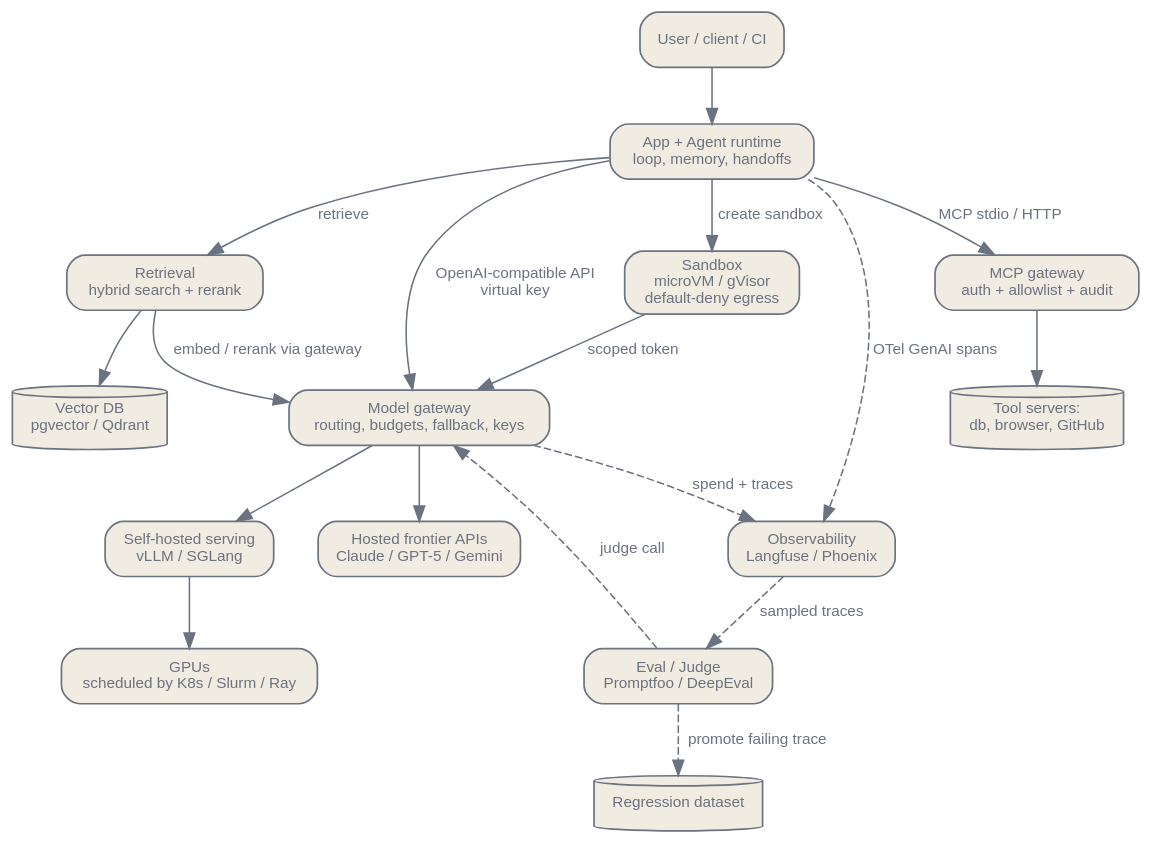
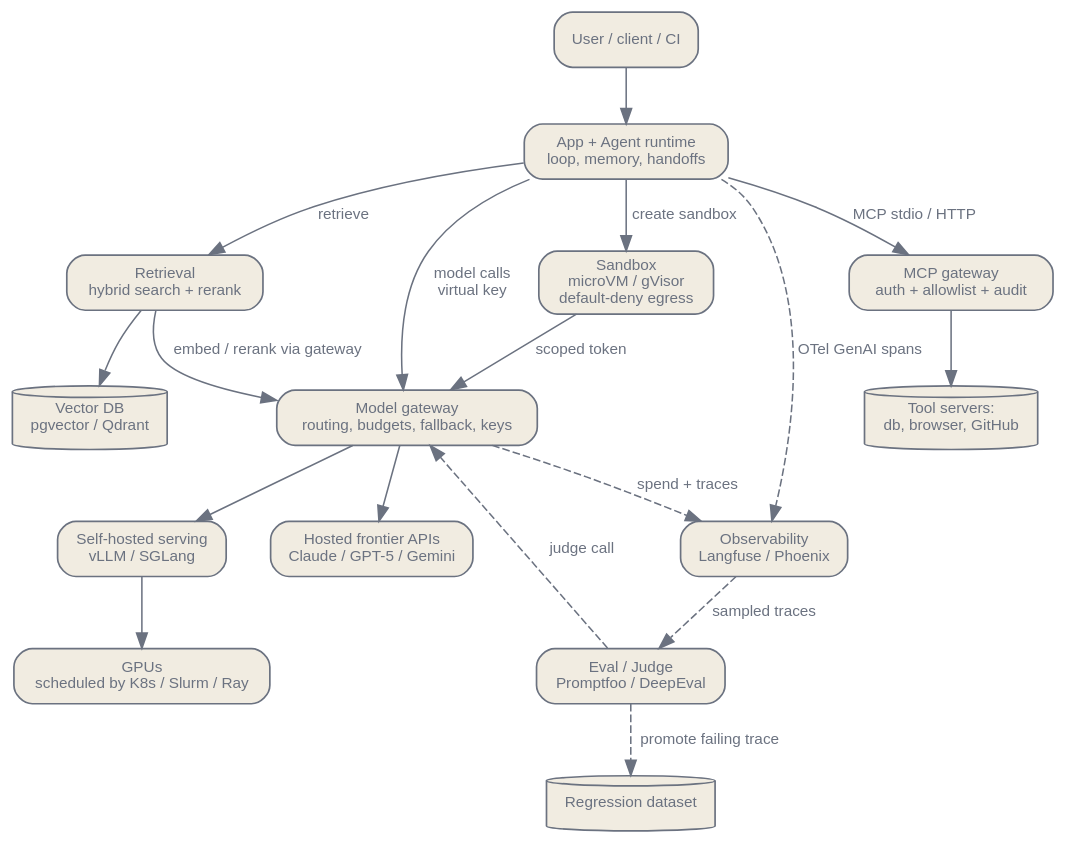
Before and after one commit to latere-ai/ai-as-an-infrastructure: the diagram in en/practice/08-wiring-a-2026-stack.qmd, drawn with Graphviz. The commit also changed other lines of this file and 3 other files, not shown here.

````diff
--- a/en/practice/08-wiring-a-2026-stack.qmd
+++ b/en/practice/08-wiring-a-2026-stack.qmd
@@ -158,47 +167,47 @@
 ```{dot}
 //| label: fig-reference-arch
-//| fig-cap: "A 2026 end-to-end reference architecture. Everything that needs a model call routes through the gateway (the OpenAI-compatible seam); tool calls route through the MCP gateway; every component emits OpenTelemetry GenAI spans. Apps, agents, evals, and sandboxes hold scoped virtual keys, never raw provider credentials. The compute and orchestration layer is the floor the whole stack runs on."
+//| fig-cap: "A 2026 end-to-end reference architecture. Everything that needs a model call routes through the gateway (one address; the gateway translates among the model-API dialects); tool calls route through the MCP gateway; every component emits OpenTelemetry GenAI spans. Apps, agents, evals, and sandboxes hold scoped virtual keys, never raw provider credentials. The compute and orchestration layer is the floor the whole stack runs on."
 digraph {
   bgcolor="transparent";
   rankdir=TB;
   nodesep=0.4; ranksep=0.5;
   node [shape=box, style="rounded,filled", fontname="Helvetica", fontsize=10, color="#6b7280", fontcolor="#6b7280", fillcolor="#f1ece1", penwidth=1.1];
   edge [fontsize=10, fontname="Helvetica", color="#6b7280", fontcolor="#6b7280"];
 
   user [label="User / client / CI"];
   app [label="App + Agent runtime\nloop, memory, handoffs"];
   rag [label="Retrieval\nhybrid search + rerank"];
   vdb [label="Vector DB\npgvector / Qdrant", shape=cylinder];
   mcpgw [label="MCP gateway\nauth + allowlist + audit"];
   tools [label="Tool servers:\ndb, browser, GitHub", shape=cylinder];
   sbx [label="Sandbox\nmicroVM / gVisor\ndefault-deny egress"];
   gw [label="Model gateway\nrouting, budgets, fallback, keys"];
   hosted [label="Hosted frontier APIs\nClaude / GPT-5 / Gemini"];
   serve [label="Self-hosted serving\nvLLM / SGLang"];
   hw [label="GPUs\nscheduled by K8s / Slurm / Ray"];
   obs [label="Observability\nLangfuse / Phoenix"];
   eval [label="Eval / Judge\nPromptfoo / DeepEval"];
   ds [label="Regression dataset", shape=cylinder];
 
   user -> app;
   app -> rag [label="retrieve"];
   rag -> vdb;
   app -> mcpgw [label="MCP stdio / HTTP"];
   mcpgw -> tools;
   app -> sbx [label="create sandbox"];
 
-  app -> gw [label="OpenAI-compatible API\nvirtual key"];
+  app -> gw [label="model calls\nvirtual key"];
   rag -> gw [label="embed / rerank via gateway"];
   sbx -> gw [label="scoped token"];
 
   gw -> hosted;
   gw -> serve;
   serve -> hw;
 
   app -> obs [style=dashed, label="OTel GenAI spans"];
   gw -> obs [style=dashed, label="spend + traces"];
   obs -> eval [style=dashed, label="sampled traces"];
   eval -> gw [style=dashed, label="judge call"];
   eval -> ds [style=dashed, label="promote failing trace"];
 }
 ```
````
